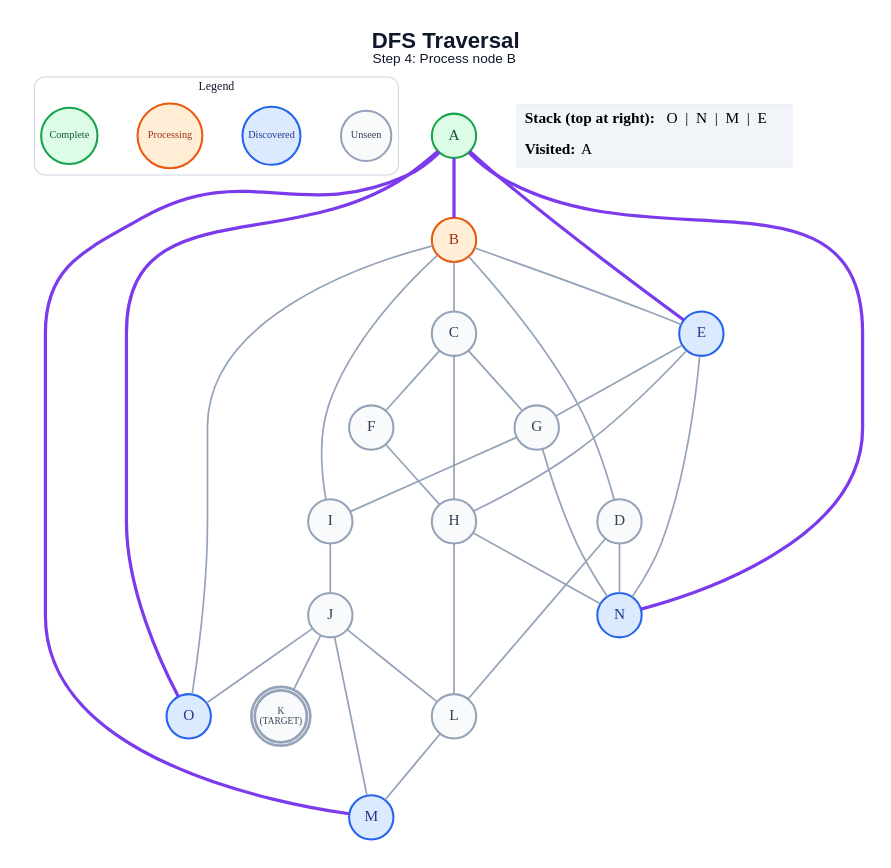
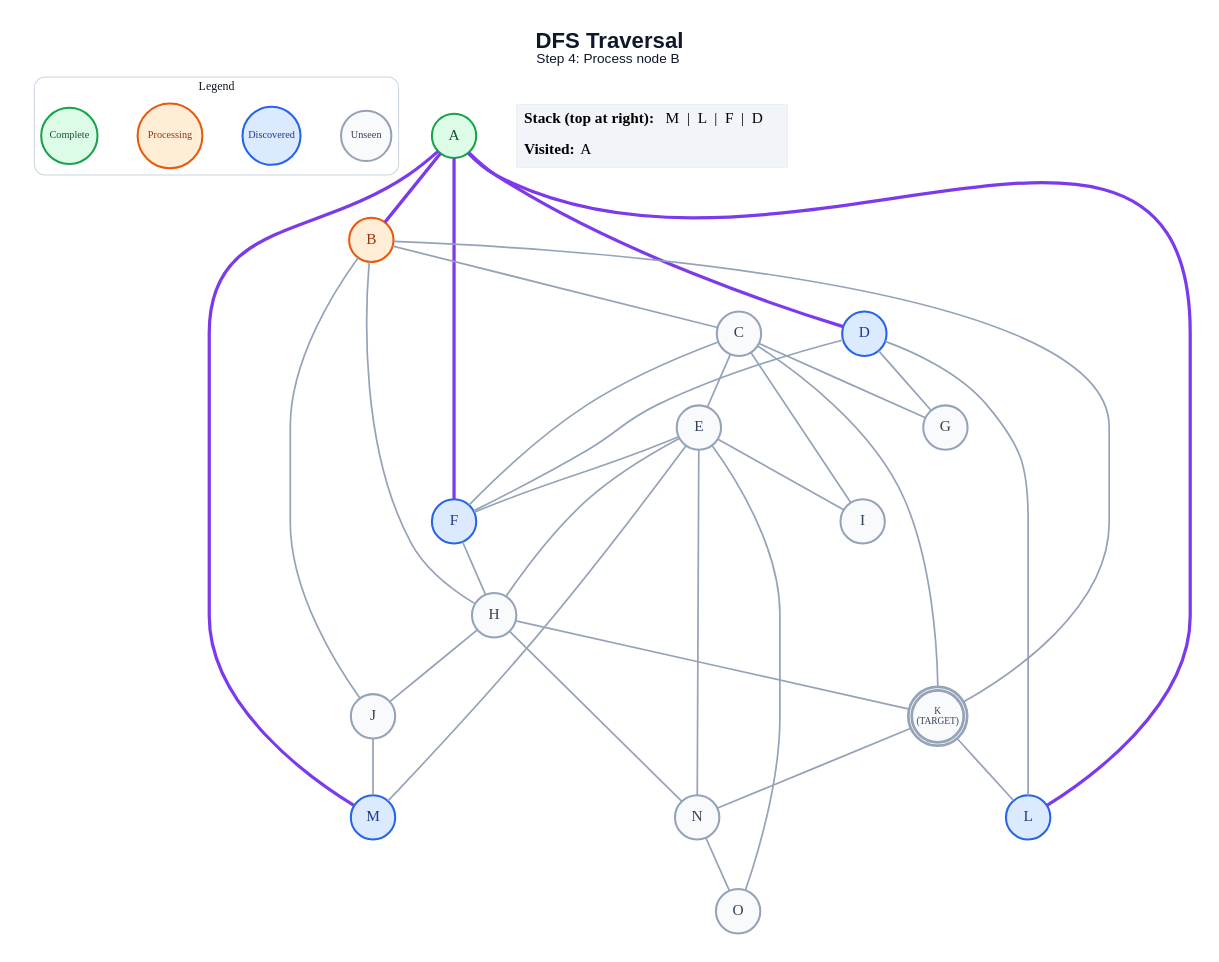
One commit to anon7238593-create/ai-slop changed the diagram in generated/dfs/step_04.dot. Above: the diagram before and after it, drawn with Graphviz. The commit also changed 329 other files, not shown here.

```diff
--- a/generated/dfs/step_04.dot
+++ b/generated/dfs/step_04.dot
@@ -1,63 +1,65 @@
 graph traversal {
   graph [layout=dot, rankdir=TB, bgcolor="#FFFFFF", pad="0.35", nodesep="0.65", ranksep="0.8", fontname="Arial"];
   node [shape=circle, style="filled", fontname="Arial Bold", fontsize=18, width=0.72, fixedsize=true, penwidth=2.4];
   edge [color="#94A3B8", penwidth=2.0];
   label=<<B>DFS Traversal</B><BR/><FONT POINT-SIZE="16">Step 4: Process node B</FONT>>; labelloc="t"; fontsize=26; fontname="Arial"; fontcolor="#0F172A";
   subgraph cluster_legend { label="Legend"; color="#CBD5E1"; penwidth=1.2; style="rounded"; fontsize=14; fontname="Arial Bold";
     key_unseen [label="Unseen", fillcolor="#F8FAFC", color="#94A3B8", fontcolor="#334155", fontsize=12, width=0.82];
     key_frontier [label="Discovered", fillcolor="#DBEAFE", color="#2563EB", fontcolor="#1E3A8A", fontsize=12, width=0.95];
     key_current [label="Processing", fillcolor="#FFEDD5", color="#EA580C", fontcolor="#9A3412", fontsize=12, width=1.05];
     key_done [label="Complete", fillcolor="#DCFCE7", color="#16A34A", fontcolor="#14532D", fontsize=12, width=0.92];
     { rank=same; key_unseen; key_frontier; key_current; key_done; }
   }
   A [label="A", fillcolor="#DCFCE7", color="#16A34A", fontcolor="#14532D", peripheries=1, penwidth=2.4];
   B [label="B", fillcolor="#FFEDD5", color="#EA580C", fontcolor="#9A3412", peripheries=1, penwidth=2.4];
   C [label="C", fillcolor="#F8FAFC", color="#94A3B8", fontcolor="#334155", peripheries=1, penwidth=2.4];
-  D [label="D", fillcolor="#F8FAFC", color="#94A3B8", fontcolor="#334155", peripheries=1, penwidth=2.4];
-  E [label="E", fillcolor="#DBEAFE", color="#2563EB", fontcolor="#1E3A8A", peripheries=1, penwidth=2.4];
-  F [label="F", fillcolor="#F8FAFC", color="#94A3B8", fontcolor="#334155", peripheries=1, penwidth=2.4];
+  D [label="D", fillcolor="#DBEAFE", color="#2563EB", fontcolor="#1E3A8A", peripheries=1, penwidth=2.4];
+  E [label="E", fillcolor="#F8FAFC", color="#94A3B8", fontcolor="#334155", peripheries=1, penwidth=2.4];
+  F [label="F", fillcolor="#DBEAFE", color="#2563EB", fontcolor="#1E3A8A", peripheries=1, penwidth=2.4];
   G [label="G", fillcolor="#F8FAFC", color="#94A3B8", fontcolor="#334155", peripheries=1, penwidth=2.4];
   H [label="H", fillcolor="#F8FAFC", color="#94A3B8", fontcolor="#334155", peripheries=1, penwidth=2.4];
   I [label="I", fillcolor="#F8FAFC", color="#94A3B8", fontcolor="#334155", peripheries=1, penwidth=2.4];
   J [label="J", fillcolor="#F8FAFC", color="#94A3B8", fontcolor="#334155", peripheries=1, penwidth=2.4];
   K [label="K\n(TARGET)", fillcolor="#F8FAFC", color="#94A3B8", fontcolor="#334155", peripheries=2, penwidth=3.2, fontsize=11, width=0.85, height=0.85];
-  L [label="L", fillcolor="#F8FAFC", color="#94A3B8", fontcolor="#334155", peripheries=1, penwidth=2.4];
+  L [label="L", fillcolor="#DBEAFE", color="#2563EB", fontcolor="#1E3A8A", peripheries=1, penwidth=2.4];
   M [label="M", fillcolor="#DBEAFE", color="#2563EB", fontcolor="#1E3A8A", peripheries=1, penwidth=2.4];
-  N [label="N", fillcolor="#DBEAFE", color="#2563EB", fontcolor="#1E3A8A", peripheries=1, penwidth=2.4];
-  O [label="O", fillcolor="#DBEAFE", color="#2563EB", fontcolor="#1E3A8A", peripheries=1, penwidth=2.4];
+  N [label="N", fillcolor="#F8FAFC", color="#94A3B8", fontcolor="#334155", peripheries=1, penwidth=2.4];
+  O [label="O", fillcolor="#F8FAFC", color="#94A3B8", fontcolor="#334155", peripheries=1, penwidth=2.4];
   A -- B [color="#7C3AED", penwidth=3.8];
-  A -- E [color="#7C3AED", penwidth=3.8];
+  A -- D [color="#7C3AED", penwidth=3.8];
+  A -- F [color="#7C3AED", penwidth=3.8];
+  A -- L [color="#7C3AED", penwidth=3.8];
   A -- M [color="#7C3AED", penwidth=3.8];
-  A -- N [color="#7C3AED", penwidth=3.8];
-  A -- O [color="#7C3AED", penwidth=3.8];
   B -- C;
-  B -- D;
-  B -- E;
-  B -- I;
-  B -- O;
+  B -- H;
+  B -- J;
+  B -- K;
+  C -- E;
   C -- F;
   C -- G;
-  C -- H;
+  C -- I;
+  C -- K;
+  D -- F;
+  D -- G;
   D -- L;
-  D -- N;
-  E -- G;
+  E -- F;
   E -- H;
+  E -- I;
+  E -- M;
   E -- N;
+  E -- O;
   F -- H;
-  G -- I;
-  G -- N;
-  H -- L;
+  H -- J;
+  H -- K;
   H -- N;
-  I -- J;
-  J -- K;
-  J -- L;
   J -- M;
-  J -- O;
-  L -- M;
+  K -- L;
+  K -- N;
+  N -- O;
   status [shape=plain, fixedsize=false, width=0, height=0, margin=0, label=<
     <TABLE BORDER="0" CELLBORDER="0" CELLPADDING="7" BGCOLOR="#F1F5F9">
-      <TR><TD ALIGN="LEFT"><B>Stack (top at right):</B> O  |  N  |  M  |  E</TD></TR>
+      <TR><TD ALIGN="LEFT"><B>Stack (top at right):</B> M  |  L  |  F  |  D</TD></TR>
       <TR><TD ALIGN="LEFT"><B>Visited:</B> A</TD></TR>
     </TABLE>
   >];
 }
```
